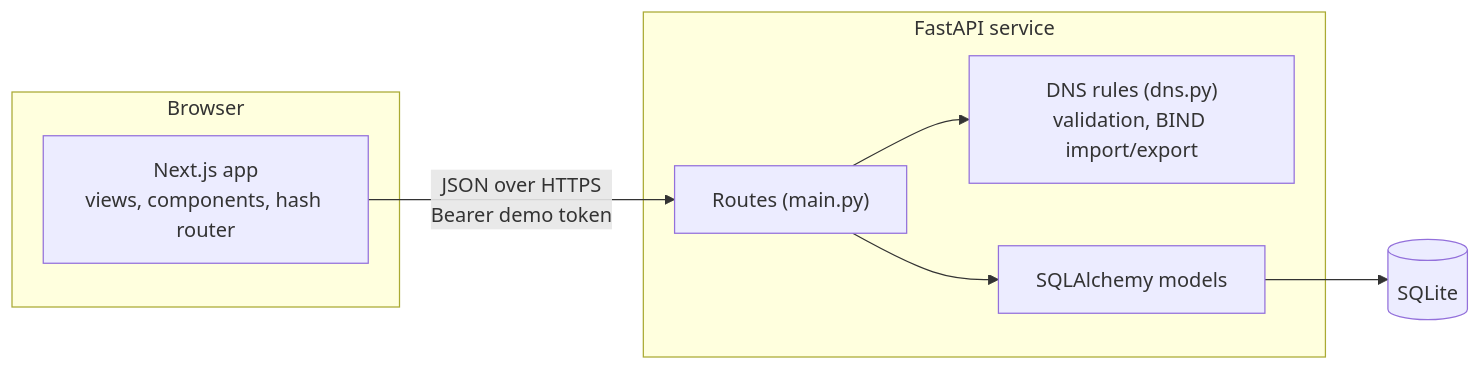
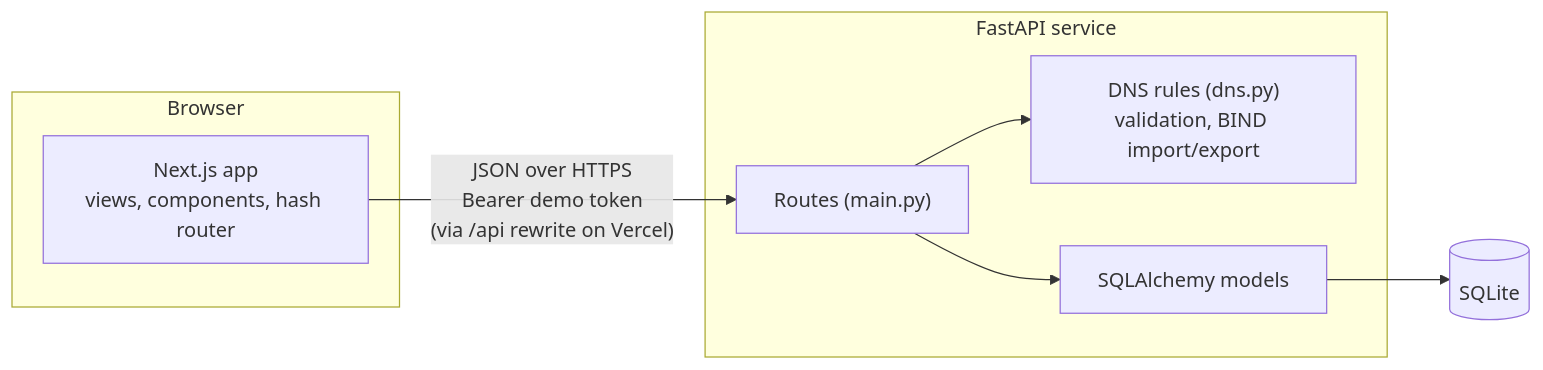
The first of 2 diagrams in README.md (Ultramech/Scaler-AI-asignment), drawn with Mermaid before and after one commit. The commit also changed other lines of this file and 4 other files, not shown here.

````diff
--- a/README.md
+++ b/README.md
@@ -125,15 +126,15 @@
 ```mermaid
 flowchart LR
     subgraph Browser
         UI["Next.js app<br/>views, components, hash router"]
     end
     subgraph API["FastAPI service"]
         R["Routes (main.py)"]
         D["DNS rules (dns.py)<br/>validation, BIND import/export"]
         M["SQLAlchemy models"]
     end
     DB[("SQLite")]
-    UI -- "JSON over HTTPS<br/>Bearer demo token" --> R
+    UI -- "JSON over HTTPS<br/>Bearer demo token<br/>(via /api rewrite on Vercel)" --> R
     R --> D
     R --> M --> DB
 ```
````
